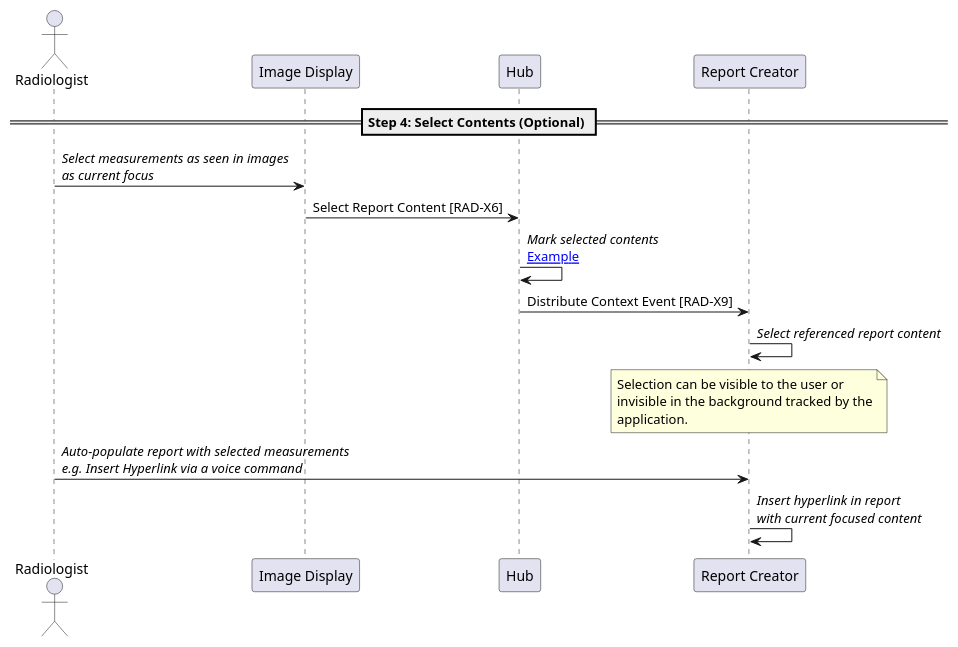
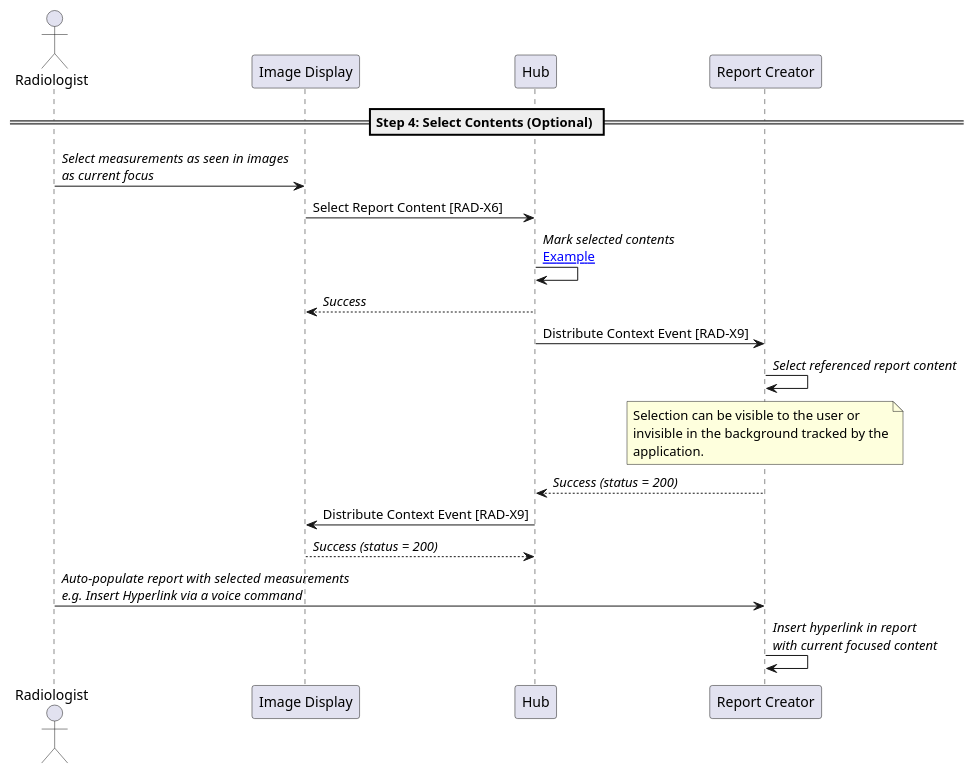
The diagram in input/images-source/step4-select-measurements.plantuml (IHE/RAD.IRA), drawn with PlantUML before and after one commit.

Commit message:
Added return message and the event back to PACS.

```diff
--- a/input/images-source/step4-select-measurements.plantuml
+++ b/input/images-source/step4-select-measurements.plantuml
@@ -1,27 +1,34 @@
 @startuml
 
 actor Radiologist as User
 participant "Image Display" as PACS
 participant "Hub" as Hub
 participant "Report Creator" as Report
 
 == Step 4: Select Contents (Optional) ==
 
 User->PACS: //Select measurements as seen in images//\n//as current focus//
 
 PACS->Hub: Select Report Content [RAD-X6]
 Hub->Hub: //Mark selected contents//\n[[select_study_and_observation.html#available-context-and-content-in-hub Example]]
+Hub-->PACS: //Success//
+
 Hub->Report: Distribute Context Event [RAD-X9]
 
 Report->Report: //Select referenced report content//
 note over Report
 Selection can be visible to the user or
 invisible in the background tracked by the
 application.
 end note
 
+Report-->Hub: //Success (status = 200)//
+
+Hub->PACS: Distribute Context Event [RAD-X9]
+PACS-->Hub: //Success (status = 200)//
+
 User->Report: //Auto-populate report with selected measurements//\n//e.g. Insert Hyperlink via a voice command//
 
 Report->Report: //Insert hyperlink in report//\n//with current focused content//
 
 @enduml
```
